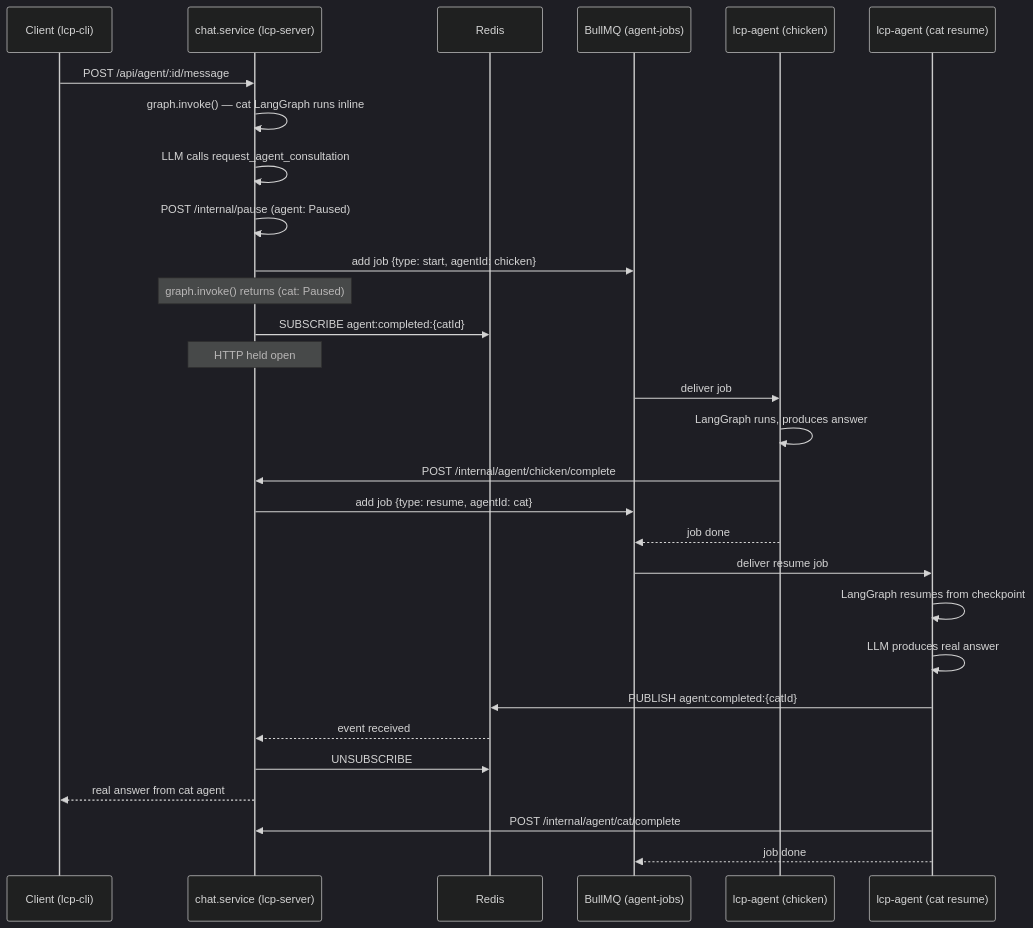
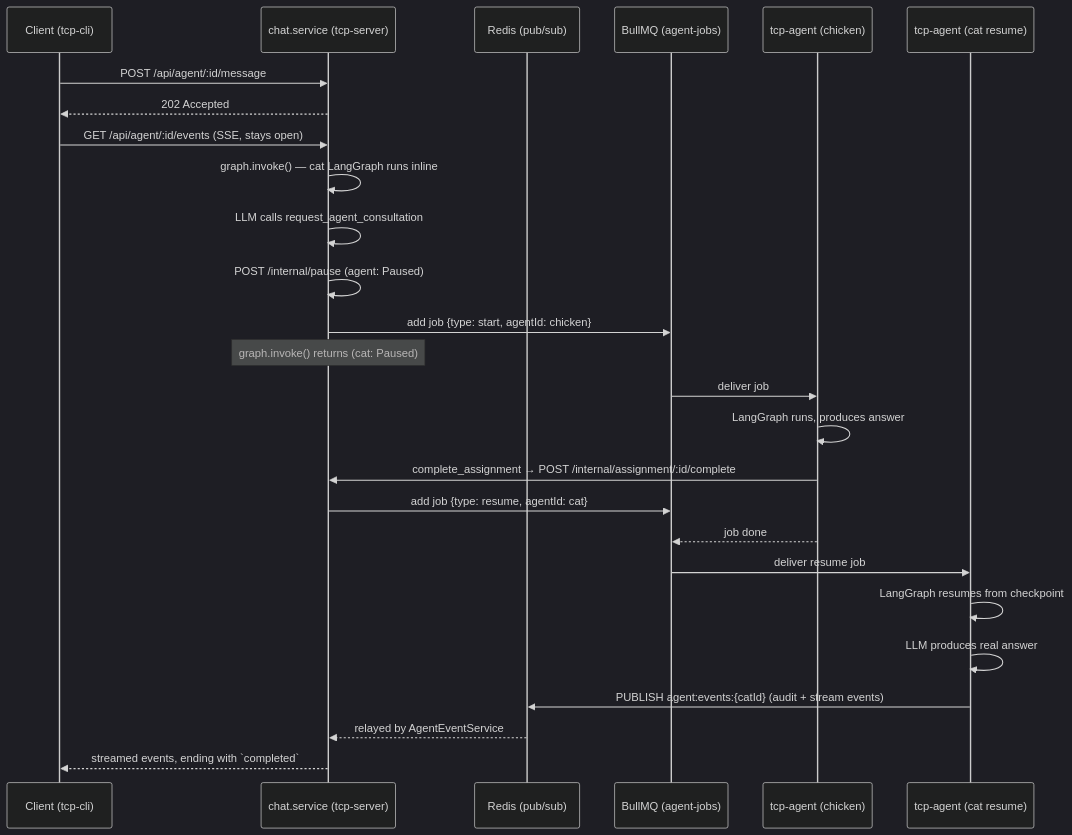
One commit to instantiator/tcp-server changed the third of 4 diagrams in docs/queue.md. Above: the diagram before and after it, drawn with Mermaid (dark theme). The commit also changed other lines of this file and 1129 other files, not shown here.

````diff
--- a/docs/queue.md
+++ b/docs/queue.md
@@ -104,34 +106,31 @@
 ```mermaid
 sequenceDiagram
-    participant CLI as Client (lcp-cli)
-    participant CS as chat.service (lcp-server)
-    participant R as Redis
+    participant CLI as Client (tcp-cli)
+    participant CS as chat.service (tcp-server)
+    participant R as Redis (pub/sub)
     participant Q as BullMQ (agent-jobs)
-    participant Chkn as lcp-agent (chicken)
-    participant Cat2 as lcp-agent (cat resume)
+    participant Chkn as tcp-agent (chicken)
+    participant Cat2 as tcp-agent (cat resume)
 
     CLI->>CS: POST /api/agent/:id/message
+    CS-->>CLI: 202 Accepted
+    CLI->>CS: GET /api/agent/:id/events (SSE, stays open)
     CS->>CS: graph.invoke() — cat LangGraph runs inline
     CS->>CS: LLM calls request_agent_consultation
     CS->>CS: POST /internal/pause (agent: Paused)
     CS->>Q: add job {type: start, agentId: chicken}
     Note over CS: graph.invoke() returns (cat: Paused)
-    CS->>R: SUBSCRIBE agent:completed:{catId}
-    Note over CS: HTTP held open
 
     Q->>Chkn: deliver job
     Chkn->>Chkn: LangGraph runs, produces answer
-    Chkn->>CS: POST /internal/agent/chicken/complete
+    Chkn->>CS: complete_assignment → POST /internal/assignment/:id/complete
     CS->>Q: add job {type: resume, agentId: cat}
     Chkn-->>Q: job done
 
     Q->>Cat2: deliver resume job
     Cat2->>Cat2: LangGraph resumes from checkpoint
     Cat2->>Cat2: LLM produces real answer
-    Cat2->>R: PUBLISH agent:completed:{catId}
-    R-->>CS: event received
-    CS->>R: UNSUBSCRIBE
-    CS-->>CLI: real answer from cat agent
-    Cat2->>CS: POST /internal/agent/cat/complete
-    Cat2-->>Q: job done
+    Cat2->>R: PUBLISH agent:events:{catId} (audit + stream events)
+    R-->>CS: relayed by AgentEventService
+    CS-->>CLI: streamed events, ending with `completed`
 ```
````
